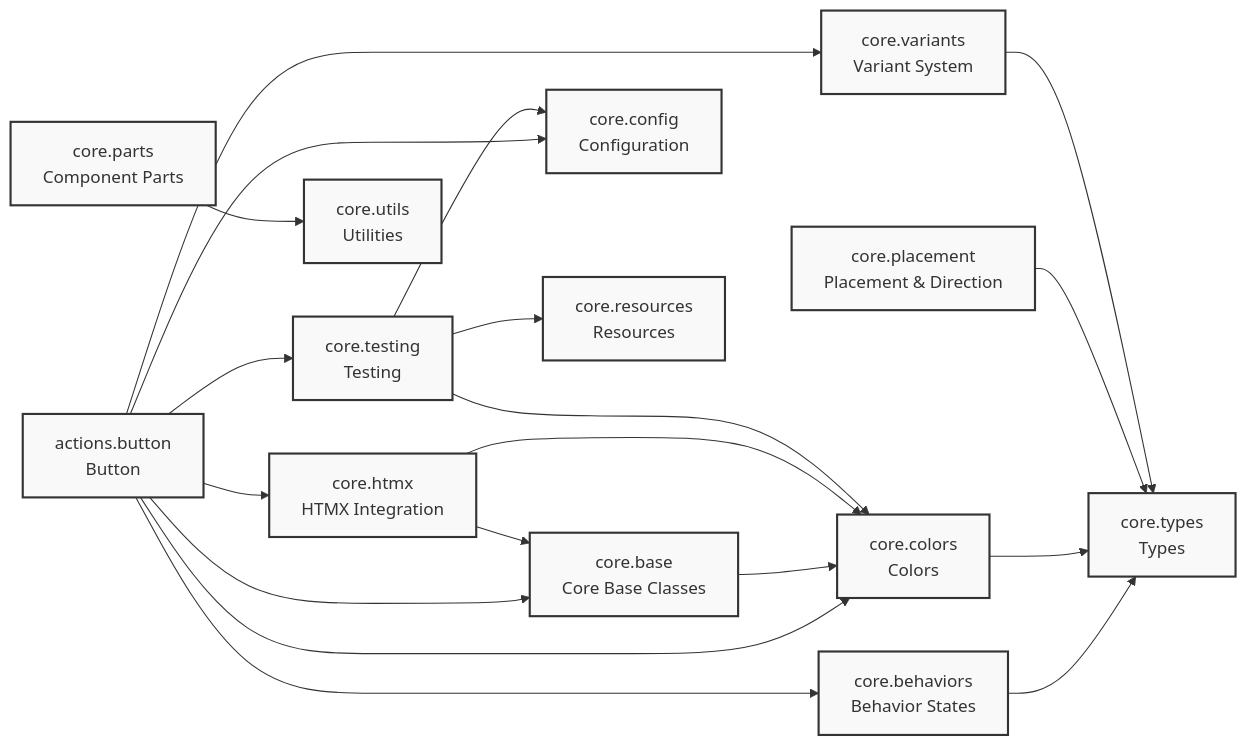
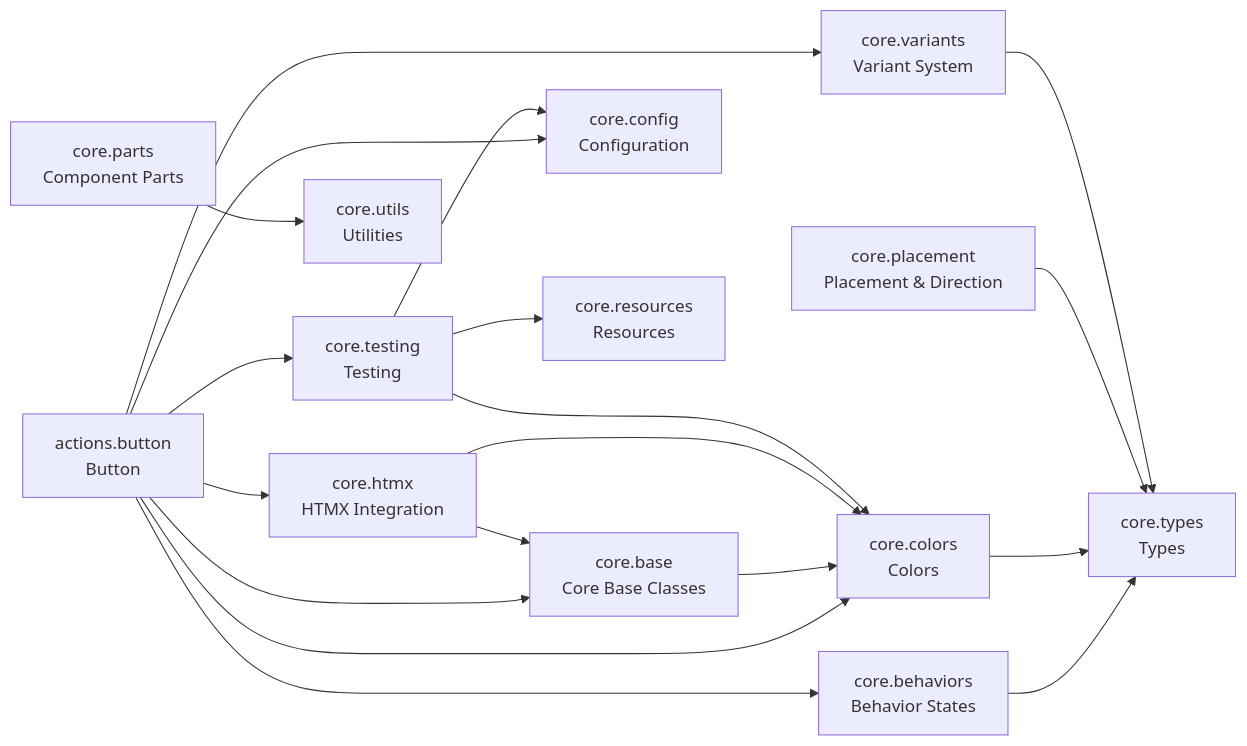
One commit to cj-mills/cjm-fasthtml-daisyui changed the diagram in README.md. Above: the diagram before and after it, drawn with Mermaid. The commit also changed 1 other file, not shown here.

Commit message:
Update index.ipynb notebook.

````diff
--- a/README.md
+++ b/README.md
@@ -45,37 +45,35 @@
 ``` mermaid
 graph LR
     actions_button[actions.button<br/>Button]
     core_base[core.base<br/>Core Base Classes]
     core_behaviors[core.behaviors<br/>Behavior States]
     core_colors[core.colors<br/>Colors]
     core_config[core.config<br/>Configuration]
     core_htmx[core.htmx<br/>HTMX Integration]
     core_parts[core.parts<br/>Component Parts]
     core_placement[core.placement<br/>Placement & Direction]
     core_resources[core.resources<br/>Resources]
     core_testing[core.testing<br/>Testing]
     core_types[core.types<br/>Types]
     core_utils[core.utils<br/>Utilities]
     core_variants[core.variants<br/>Variant System]
 
+    actions_button --> core_variants
+    actions_button --> core_colors
+    actions_button --> core_config
+    actions_button --> core_base
     actions_button --> core_testing
     actions_button --> core_behaviors
     actions_button --> core_htmx
-    actions_button --> core_variants
-    actions_button --> core_colors
-    actions_button --> core_base
-    actions_button --> core_config
     core_base --> core_colors
     core_behaviors --> core_types
     core_colors --> core_types
     core_htmx --> core_colors
     core_htmx --> core_base
     core_parts --> core_utils
     core_placement --> core_types
+    core_testing --> core_resources
+    core_testing --> core_colors
     core_testing --> core_config
-    core_testing --> core_colors
-    core_testing --> core_resources
     core_variants --> core_types
-
-    classDef default fill:#f9f9f9,stroke:#333,stroke-width:2px
 ```
````
